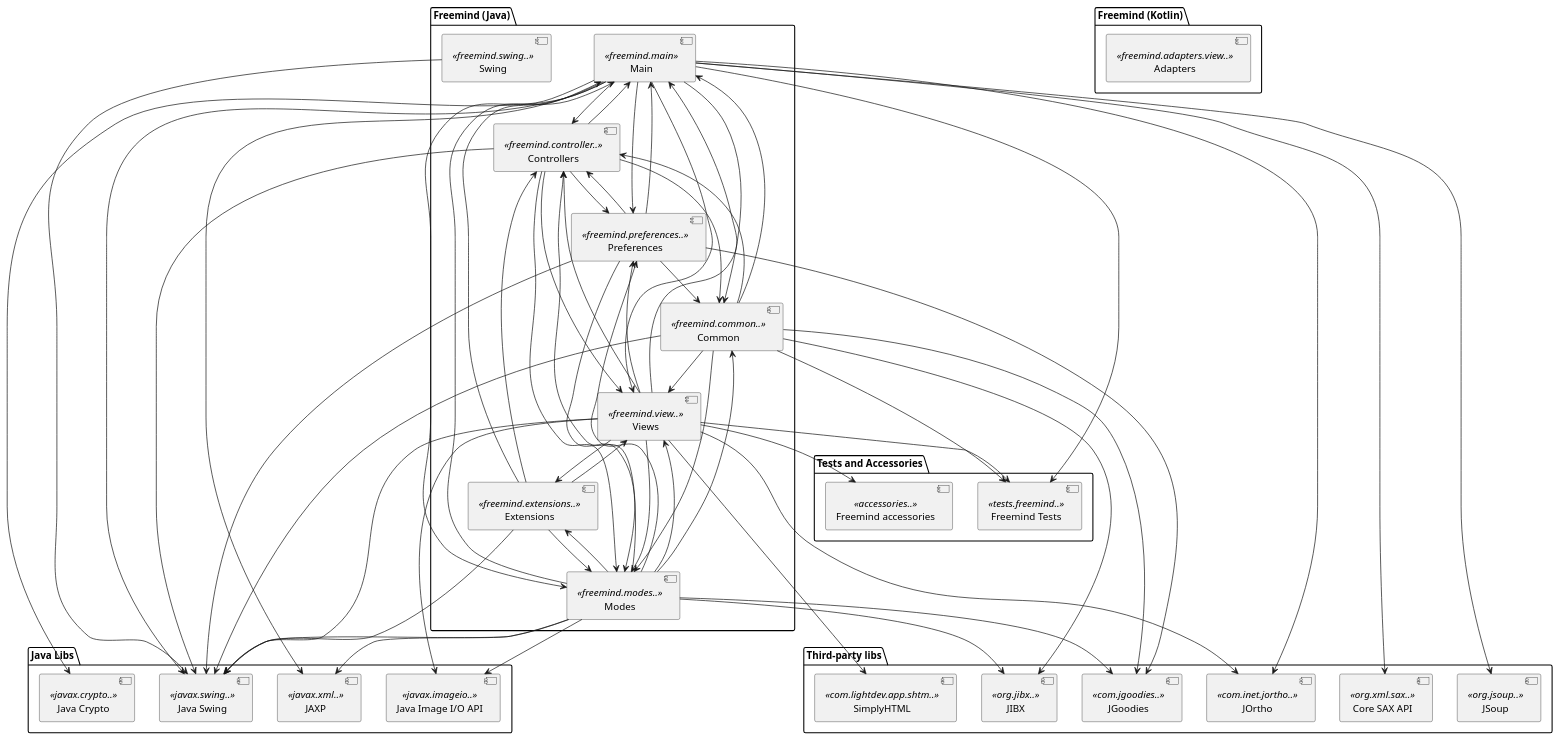
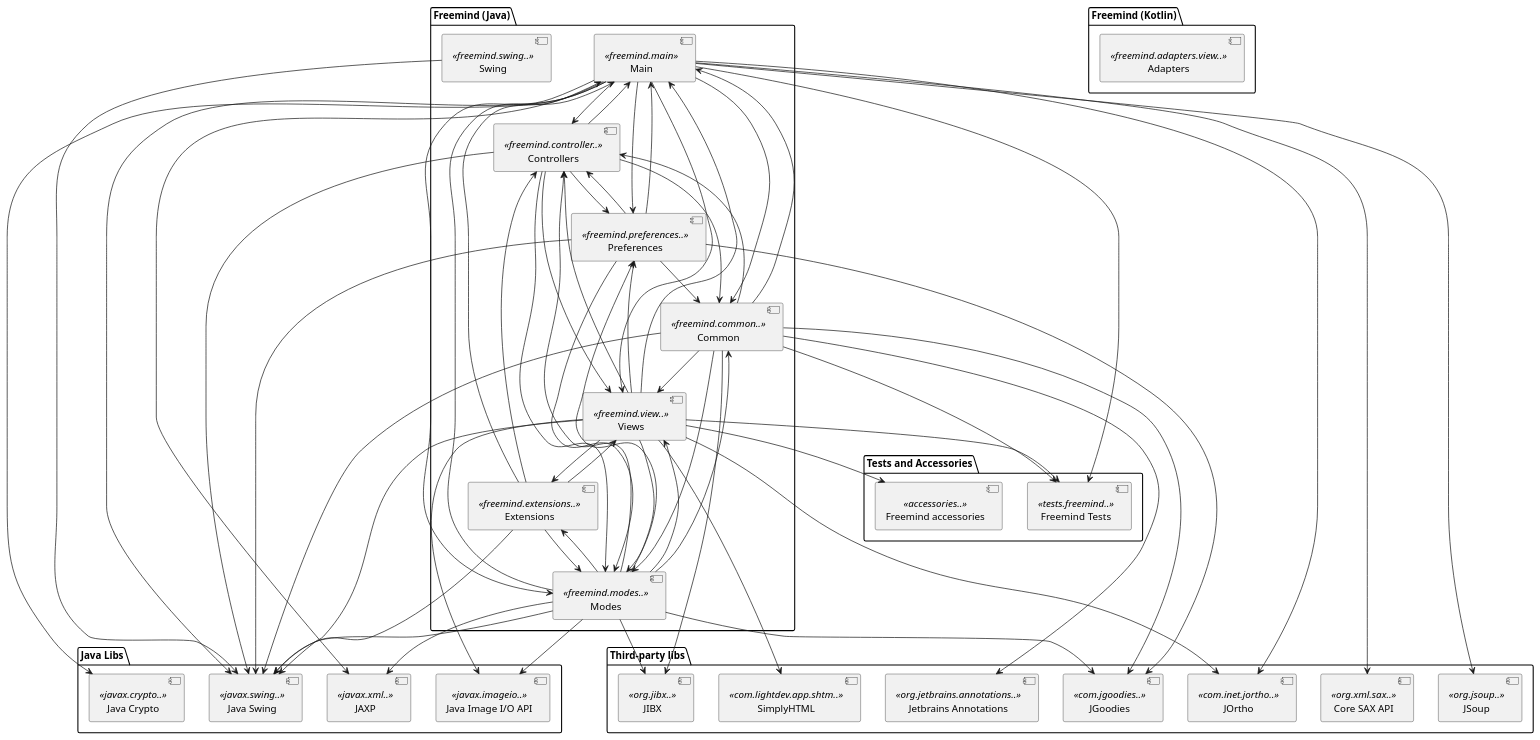
The diagram in uml/Freemind.puml (d4span/freemind-old), drawn with PlantUML before and after one commit. The commit also changed 6 other files, not shown here.

```diff
--- a/uml/Freemind.puml
+++ b/uml/Freemind.puml
@@ -1,107 +1,109 @@
 @startuml Freemind
 
 package "Freemind (Java)" {
     [Main] <<freemind.main>>
     [Controllers] <<freemind.controller..>>
     [Modes] <<freemind.modes..>>
     [Views] <<freemind.view..>>
     [Common] <<freemind.common..>>
     [Preferences] <<freemind.preferences..>>
     [Extensions] <<freemind.extensions..>>
     [Swing] <<freemind.swing..>>
 }
 
 package "Freemind (Kotlin)" {
     [Adapters] <<freemind.adapters.view..>>
 }
 
 package "Tests and Accessories" {
     [Freemind Tests] <<tests.freemind..>>
     [Freemind accessories] <<accessories..>>
 }
 
 package "Java Libs" {
     [Java Swing] <<javax.swing..>>
     [JAXP] <<javax.xml..>>
     [Java Crypto] <<javax.crypto..>>
     [Java Image I/O API] <<javax.imageio..>>
 }
 
 package "Third-party libs" {
     [JSoup] <<org.jsoup..>>
     [JOrtho] <<com.inet.jortho..>>
     [SimplyHTML] <<com.lightdev.app.shtm..>>
     [JIBX] <<org.jibx..>>
     [JGoodies] <<com.jgoodies..>>
     [Core SAX API] <<org.xml.sax..>>
+    [Jetbrains Annotations] <<org.jetbrains.annotations..>>
 }
 
 [Swing] --> [Java Swing]
 
 [Common] --> [Main]
 [Common] --> [Modes]
 [Common] --> [Controllers]
 [Common] --> [Views]
 [Common] --> [Freemind Tests]
 [Common] --> [Java Swing]
 [Common] --> [JIBX]
 [Common] --> [JGoodies]
+[Common] --> [Jetbrains Annotations]
 
 [Controllers] --> [Views]
 [Controllers] --> [Common]
 [Controllers] --> [Main]
 [Controllers] --> [Modes]
 [Controllers] --> [Preferences]
 [Controllers] --> [Java Swing]
 
 [Extensions] --> [Main]
 [Extensions] --> [Views]
 [Extensions] --> [Controllers]
 [Extensions] --> [Modes]
 [Extensions] --> [Java Swing]
 
 [Views] --> [Controllers]
 [Views] --> [Extensions]
 [Views] --> [Freemind accessories]
 [Views] --> [Freemind Tests]
 [Views] --> [Java Swing]
 [Views] --> [Java Image I/O API]
 [Views] --> [Modes]
 [Views] --> [Main]
 [Views] --> [Preferences]
 [Views] --> [JOrtho]
 [Views] --> [SimplyHTML]
 
 [Preferences] --> [Common]
 [Preferences] --> [Main]
 [Preferences] --> [Modes]
 [Preferences] --> [JGoodies]
 [Preferences] --> [Controllers]
 [Preferences] --> [Java Swing]
 
 [Modes] --> [Preferences]
 [Modes] --> [Controllers]
 [Modes] --> [Views]
 [Modes] --> [Main]
 [Modes] --> [Extensions]
 [Modes] --> [Common]
 [Modes] --> [Java Swing]
 [Modes] --> [JAXP]
 [Modes] --> [JIBX]
 [Modes] --> [Java Image I/O API]
 [Modes] --> [JGoodies]
 
 [Main] --> [Preferences]
 [Main] --> [Common]
 [Main] --> [Views]
 [Main] --> [Controllers]
 [Main] --> [Modes]
 [Main] --> [Java Swing]
 [Main] --> [JSoup]
 [Main] --> [JAXP]
 [Main] --> [Java Crypto]
 [Main] --> [JOrtho]
 [Main] --> [Core SAX API]
 [Main] --> [Freemind Tests]
 
 @enduml
```
